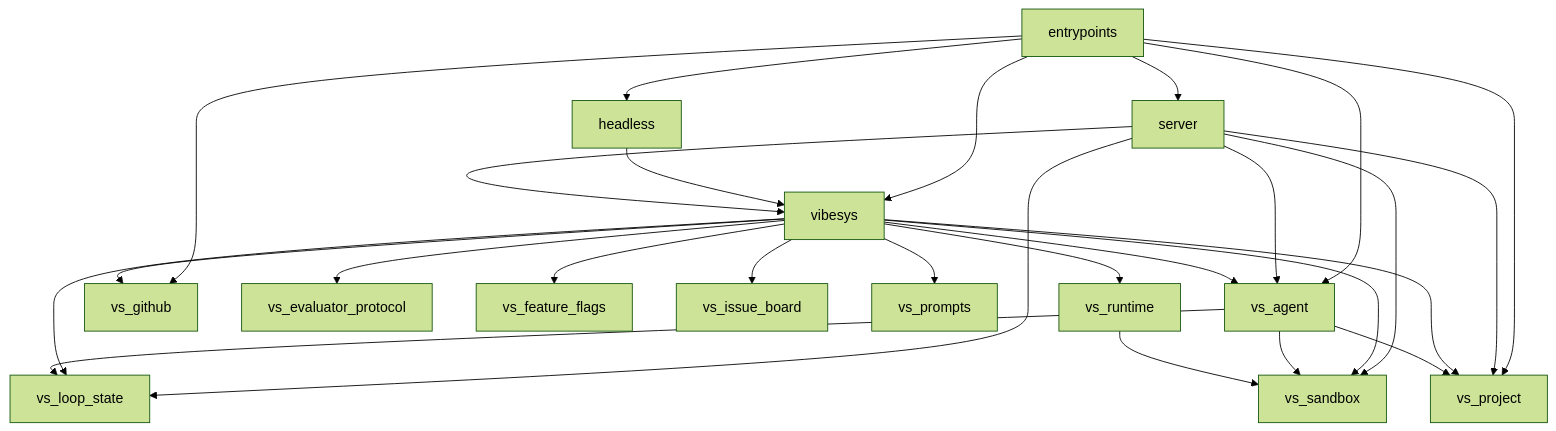
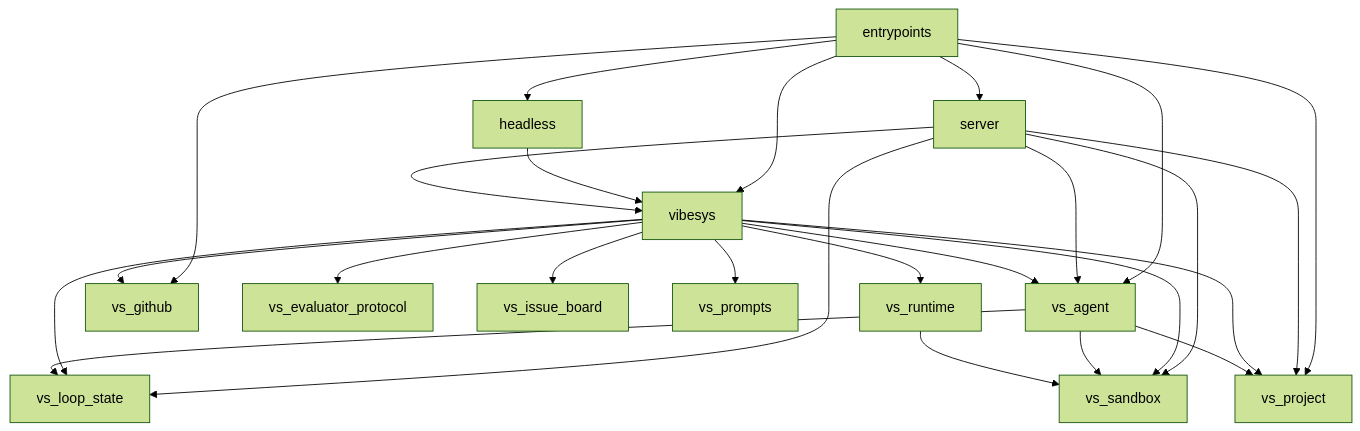
Before and after one commit to uw-syfi/vibesys: the first of 3 diagrams in docs/contributing/architecture.md, drawn with Mermaid (forest theme). The commit also changed other lines of this file and 25 other files, not shown here.

````diff
--- a/docs/contributing/architecture.md
+++ b/docs/contributing/architecture.md
@@ -40,29 +40,28 @@
 ```mermaid
 graph TD
     entrypoints --> headless
     entrypoints --> server
     entrypoints --> vibesys
     entrypoints --> vs_agent
     entrypoints --> vs_github
     entrypoints --> vs_project
     headless --> vibesys
     server --> vibesys
     server --> vs_agent
     server --> vs_loop_state
     server --> vs_project
     server --> vs_sandbox
     vibesys --> vs_agent
     vibesys --> vs_evaluator_protocol
-    vibesys --> vs_feature_flags
     vibesys --> vs_github
     vibesys --> vs_issue_board
     vibesys --> vs_loop_state
     vibesys --> vs_project
     vibesys --> vs_prompts
     vibesys --> vs_runtime
     vibesys --> vs_sandbox
     vs_agent --> vs_loop_state
     vs_agent --> vs_project
     vs_agent --> vs_sandbox
     vs_runtime --> vs_sandbox
 ```
````
